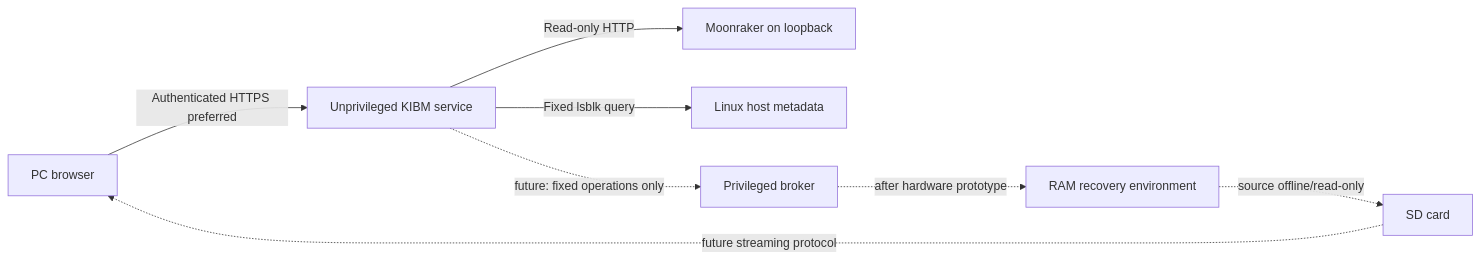
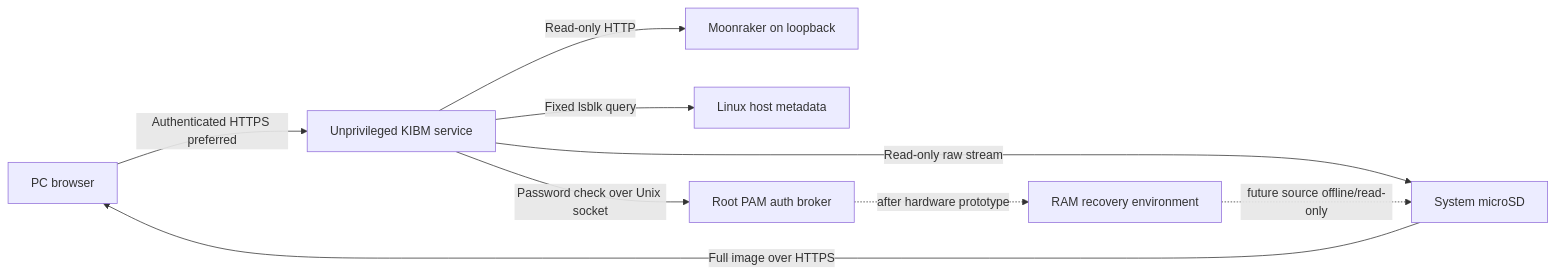
Before and after one commit to merlin2105/Klipper-Image-Backup: the diagram in docs/architecture.md, drawn with Mermaid. The commit also changed other lines of this file and 17 other files, not shown here.

Commit message:
feat: stream full SD image to browser

````diff
--- a/docs/architecture.md
+++ b/docs/architecture.md
@@ -5,10 +5,11 @@
 ```mermaid
 flowchart LR
   Browser[PC browser] -->|Authenticated HTTPS preferred| Service[Unprivileged KIBM service]
   Service -->|Read-only HTTP| Moonraker[Moonraker on loopback]
   Service -->|Fixed lsblk query| Host[Linux host metadata]
-  Service -. future: fixed operations only .-> Broker[Privileged broker]
+  Service -->|Password check over Unix socket| Broker[Root PAM auth broker]
+  Service -->|Read-only raw stream| Source[System microSD]
   Broker -. after hardware prototype .-> Recovery[RAM recovery environment]
-  Recovery -. source offline/read-only .-> Card[SD card]
-  Card -. future streaming protocol .-> Browser
+  Recovery -. future source offline/read-only .-> Source
+  Source -->|Full image over HTTPS| Browser
 ```
````
